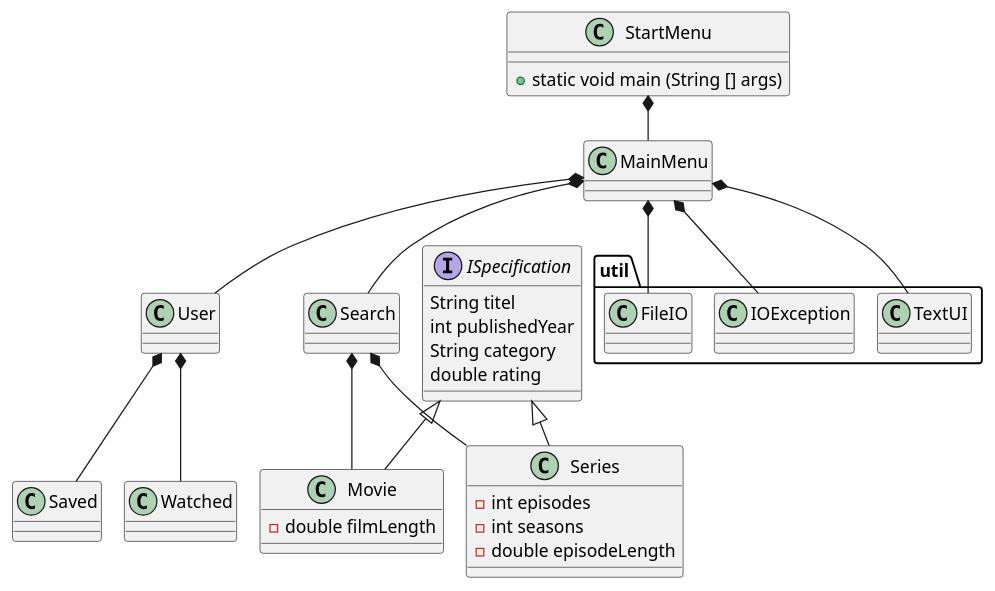
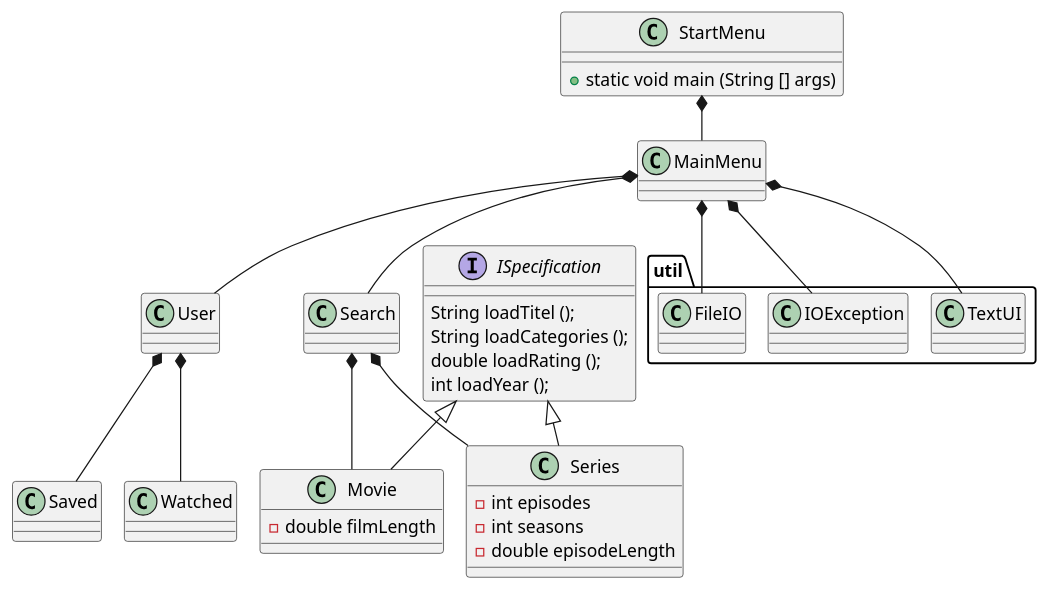
One commit to NicolineNV/SP3___Nasta_Nicoline_Christian_Sussie___Sem_1 changed the diagram in Doc/Static/ClassDiagram_v1.puml. Above: the diagram before and after it, drawn with PlantUML. The commit also changed 17 other files, not shown here.

Commit message:
Sussie/Christian: TextUI, User, FileIO Nasta/Nicoline: ClassDiagram_v1.puml, all classes, refactoring(private/protected), MovieData done, SeriesData done

```diff
--- a/Doc/Static/ClassDiagram_v1.puml
+++ b/Doc/Static/ClassDiagram_v1.puml
@@ -1,81 +1,81 @@
 @startuml
 !pragma layout smetana
 
 class StartMenu {
 + static void main (String [] args)
 }
 
 class MainMenu {
 
 }
 
 class User {
 }
 
 class Saved {
 
 }
 
 class Watched {
 
 }
 
 class Search {
 
 }
 
 class Movie {
 - double filmLength
 }
 
 class Series {
 - int episodes
 - int seasons
 - double episodeLength
 
 }
 
 interface ISpecification {
-String titel
-int publishedYear
-String category
-double rating
+String loadTitel ();
+String loadCategories ();
+double loadRating ();
+int loadYear ();
 
 }
 
 package util {
 
 class TextUI {
 
 }
 
 class IOException {
 
 }
 
 class FileIO {
 
 }
 
 }
 
 
 
 StartMenu *-- MainMenu
 
 ISpecification <|-- Series
 ISpecification <|-- Movie
 
 MainMenu *-- User
 MainMenu *-- Search
 MainMenu *-- TextUI
 MainMenu *-- IOException
 MainMenu *-- FileIO
 
 User *-- Saved
 User *-- Watched
 
 Search *-- Movie
 Search *-- Series
 
 @enduml
```
